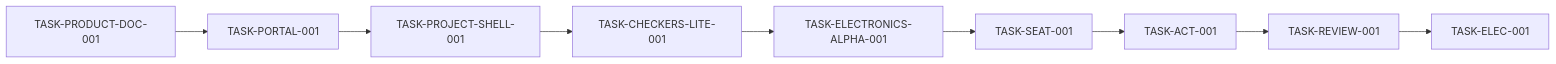
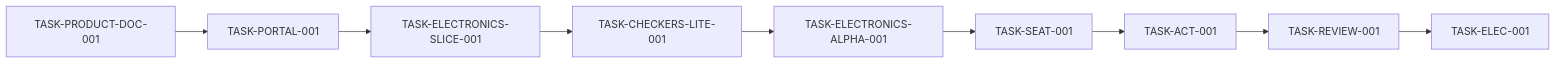
Before and after one commit to spikeal8-maker/asa-lab: the first of 2 diagrams in docs/project-map/QUALITY_MAP.md, drawn with Mermaid. The commit also changed other lines of this file and 4 other files, not shown here.

First line of the commit message:
chore(map): after-merge transition to the Electronics Project Slice

````diff
--- a/docs/project-map/QUALITY_MAP.md
+++ b/docs/project-map/QUALITY_MAP.md
@@ -17,14 +17,14 @@
 ```mermaid
 flowchart LR
     DOC[TASK-PRODUCT-DOC-001]
     PORTAL[TASK-PORTAL-001]
-    PROJECT[TASK-PROJECT-SHELL-001]
+    PROJECT[TASK-ELECTRONICS-SLICE-001]
     CHECKERS[TASK-CHECKERS-LITE-001]
     EALPHA[TASK-ELECTRONICS-ALPHA-001]
     SEAT[TASK-SEAT-001]
     ACT[TASK-ACT-001]
     REVIEW[TASK-REVIEW-001]
     EFULL[TASK-ELEC-001]
 
     DOC --> PORTAL --> PROJECT --> CHECKERS --> EALPHA --> SEAT --> ACT --> REVIEW --> EFULL
 ```
````
